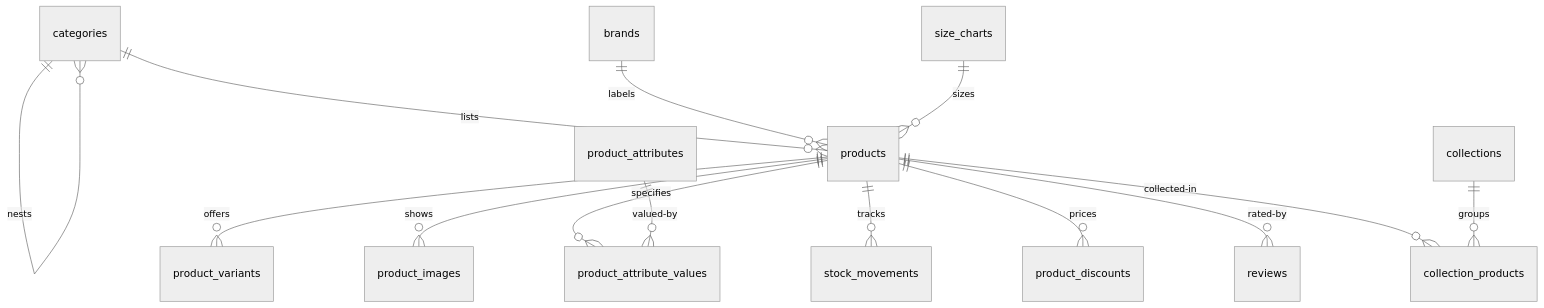
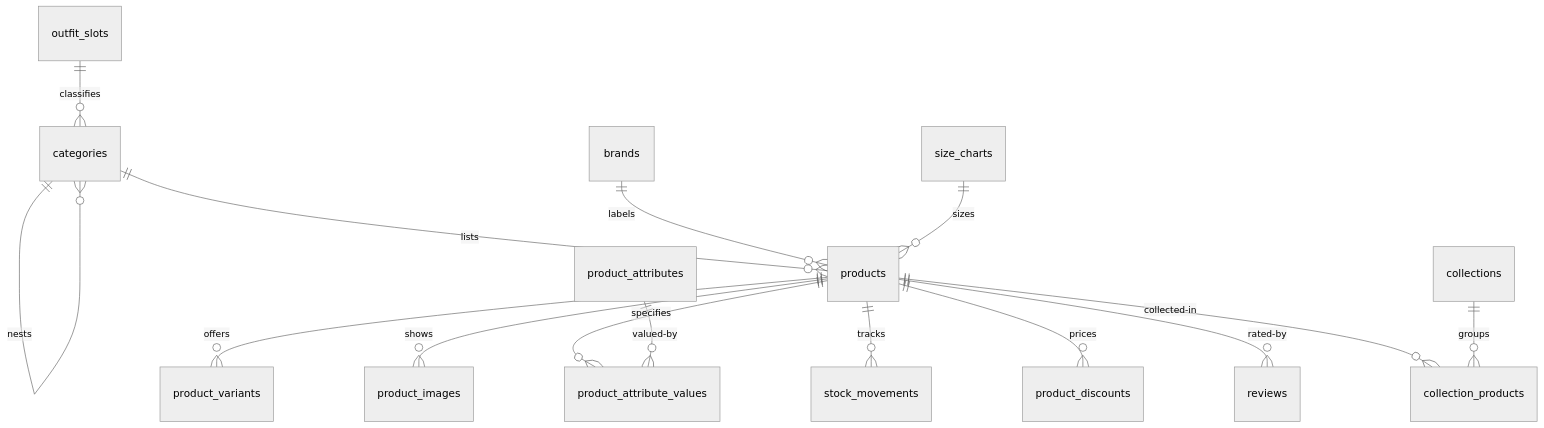
Before and after one commit to UnmarriedIdentity/the-unlugged-wear: the diagram in DOC/backend/04-Catalog.md, drawn with Mermaid (neutral theme). The commit also changed other lines of this file and 4 other files, not shown here.

Commit message:
docs: Complete the Look design — outfit slots, pairing rules, pins, deterministic matcher (file 18; 71 tables)

````diff
--- a/DOC/backend/04-Catalog.md
+++ b/DOC/backend/04-Catalog.md
@@ -259,16 +258,17 @@
 ```mermaid
 erDiagram
+    outfit_slots ||--o{ categories : classifies
     categories ||--o{ categories : nests
     categories ||--o{ products : lists
     brands ||--o{ products : labels
     size_charts ||--o{ products : sizes
     products ||--o{ product_variants : offers
     products ||--o{ product_images : shows
     products ||--o{ product_attribute_values : specifies
     product_attributes ||--o{ product_attribute_values : valued-by
     products ||--o{ stock_movements : tracks
     products ||--o{ product_discounts : prices
     products ||--o{ reviews : rated-by
     products ||--o{ collection_products : collected-in
     collections ||--o{ collection_products : groups
 ```
````
